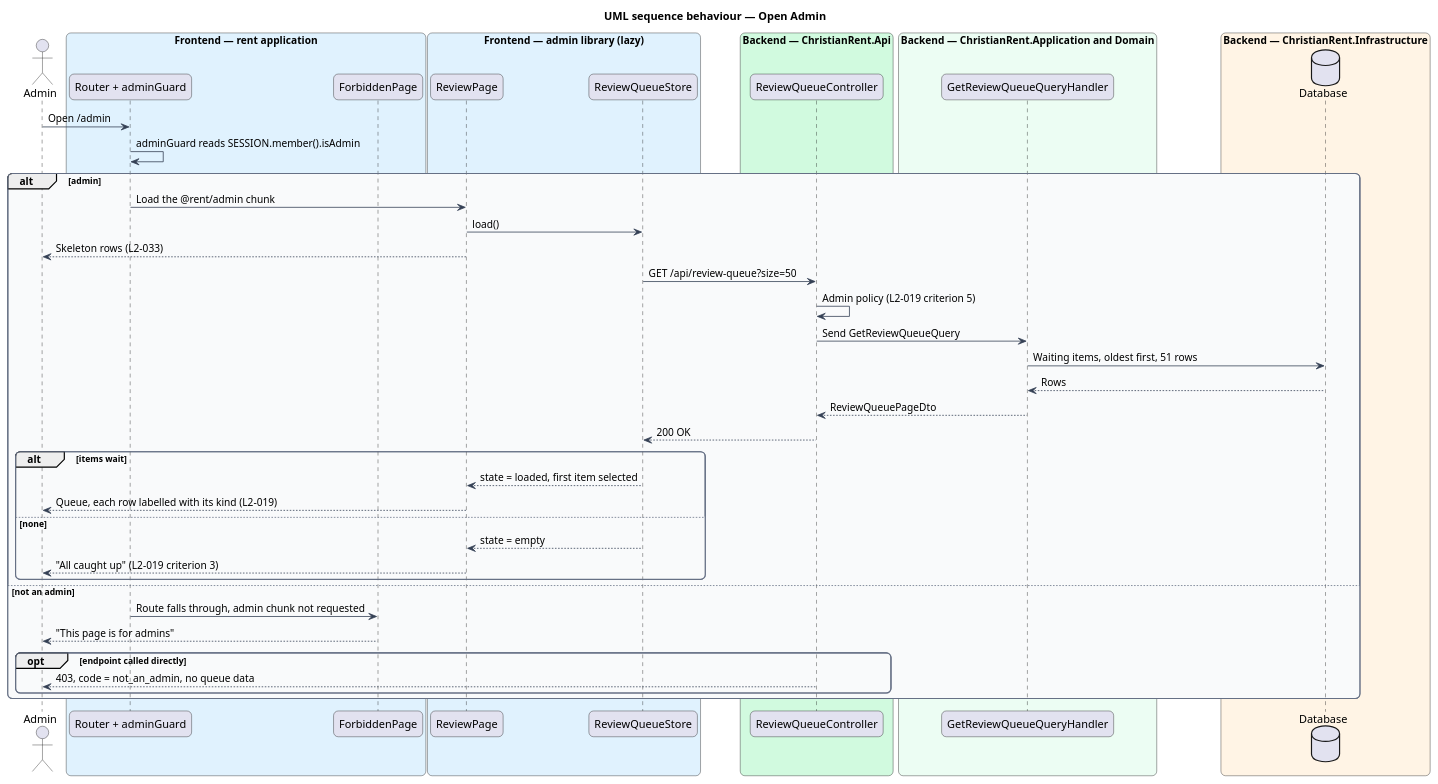
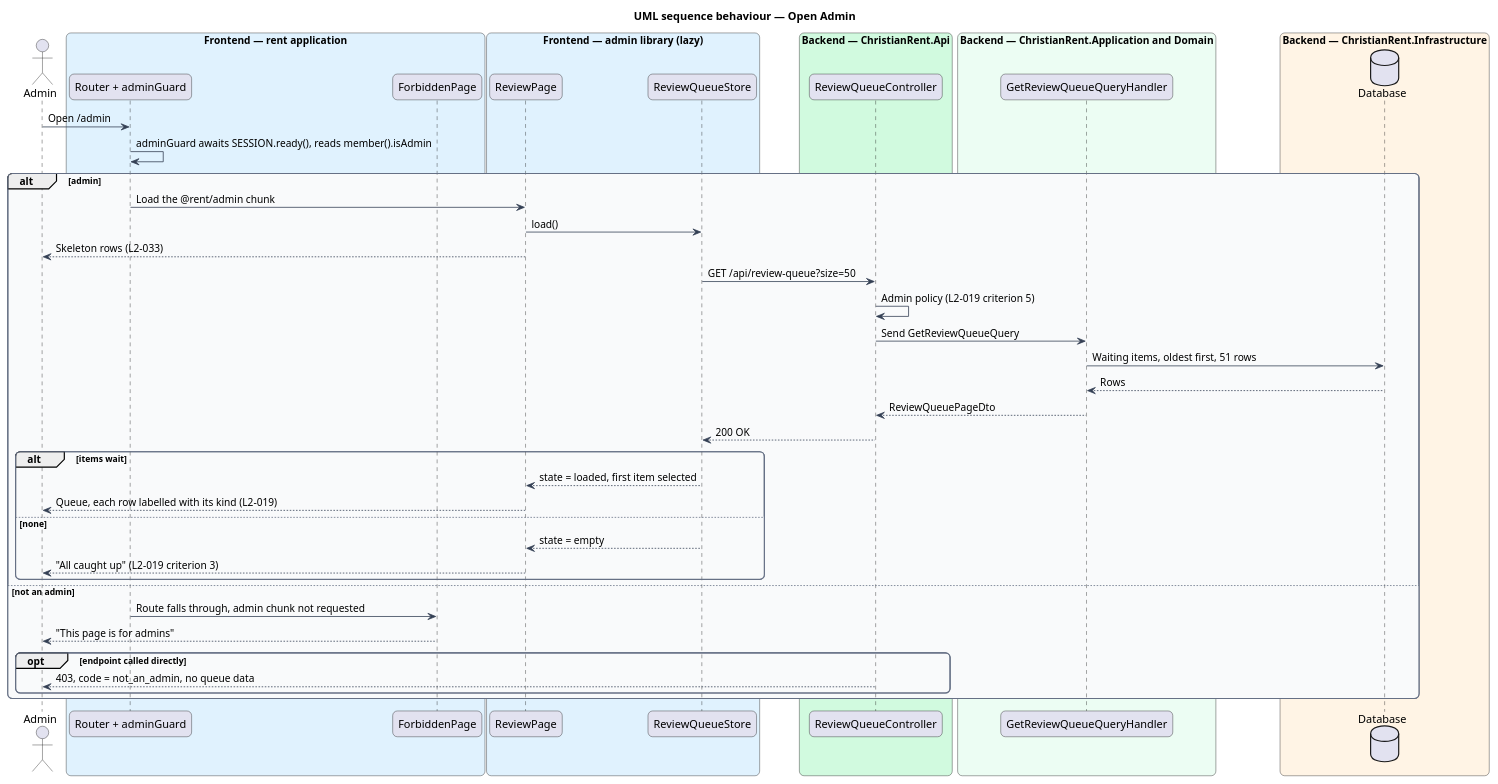
One commit to QuinntyneBrown/christian-rent changed the diagram in docs/detailed-designs/review/view-review-queue/diagrams/sequence-open-queue.puml. Above: the diagram before and after it, drawn with PlantUML. The commit also changed 9 other files, not shown here.

```diff
--- a/docs/detailed-designs/review/view-review-queue/diagrams/sequence-open-queue.puml
+++ b/docs/detailed-designs/review/view-review-queue/diagrams/sequence-open-queue.puml
@@ -1,62 +1,62 @@
 @startuml
 title UML sequence behaviour — Open Admin
 skinparam backgroundColor #FFFFFF
 skinparam shadowing false
 skinparam roundcorner 12
 skinparam defaultFontName Arial
 skinparam ArrowColor #344054
 skinparam rectangle {
   BorderColor #344054
   FontColor #101828
 }
 skinparam package {
   BorderColor #667085
   FontColor #101828
   BackgroundColor #F9FAFB
 }
 actor "Admin" as actor
 box "Frontend — rent application" #E0F2FE
   participant "Router + adminGuard" as router
   participant "ForbiddenPage" as forbid
 end box
 box "Frontend — admin library (lazy)" #E0F2FE
   participant "ReviewPage" as page
   participant "ReviewQueueStore" as store
 end box
 box "Backend — ChristianRent.Api" #D1FADF
   participant "ReviewQueueController" as ctrl
 end box
 box "Backend — ChristianRent.Application and Domain" #ECFDF3
   participant "GetReviewQueueQueryHandler" as handler
 end box
 box "Backend — ChristianRent.Infrastructure" #FFF4E5
   database "Database" as db
 end box
 actor -> router : Open /admin
-router -> router : adminGuard reads SESSION.member().isAdmin
+router -> router : adminGuard awaits SESSION.ready(), reads member().isAdmin
 alt admin
   router -> page : Load the @rent/admin chunk
   page -> store : load()
   page --> actor : Skeleton rows (L2-033)
   store -> ctrl : GET /api/review-queue?size=50
   ctrl -> ctrl : Admin policy (L2-019 criterion 5)
   ctrl -> handler : Send GetReviewQueueQuery
   handler -> db : Waiting items, oldest first, 51 rows
   db --> handler : Rows
   handler --> ctrl : ReviewQueuePageDto
   ctrl --> store : 200 OK
   alt items wait
     store --> page : state = loaded, first item selected
     page --> actor : Queue, each row labelled with its kind (L2-019)
   else none
     store --> page : state = empty
     page --> actor : "All caught up" (L2-019 criterion 3)
   end
 else not an admin
   router -> forbid : Route falls through, admin chunk not requested
   forbid --> actor : "This page is for admins"
   opt endpoint called directly
     ctrl --> actor : 403, code = not_an_admin, no queue data
   end
 end
 @enduml
```
